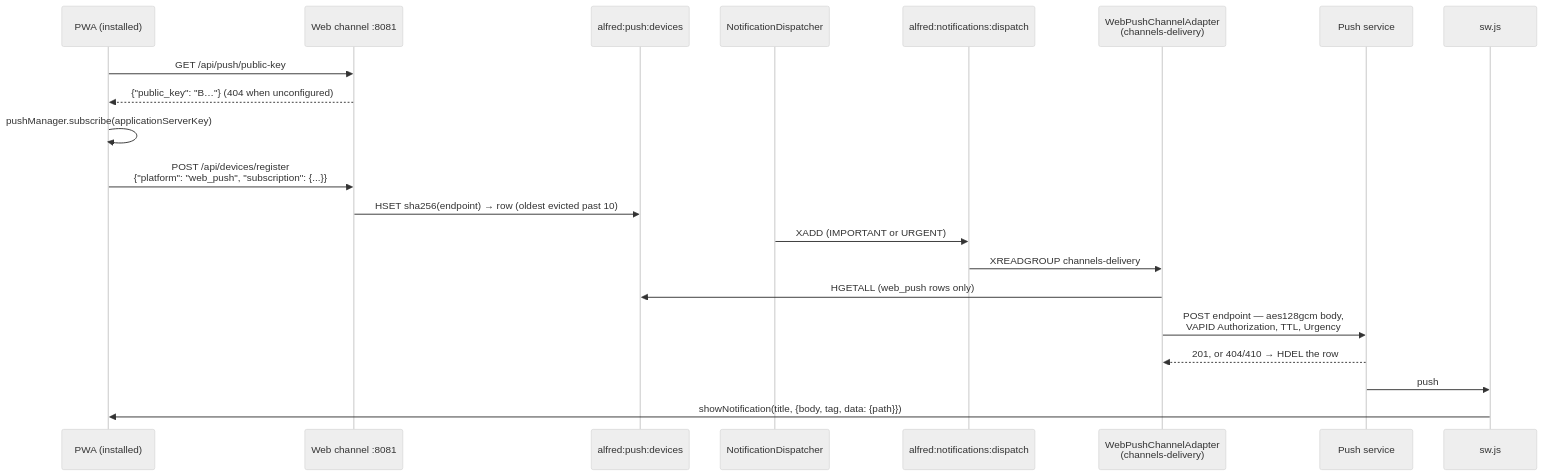
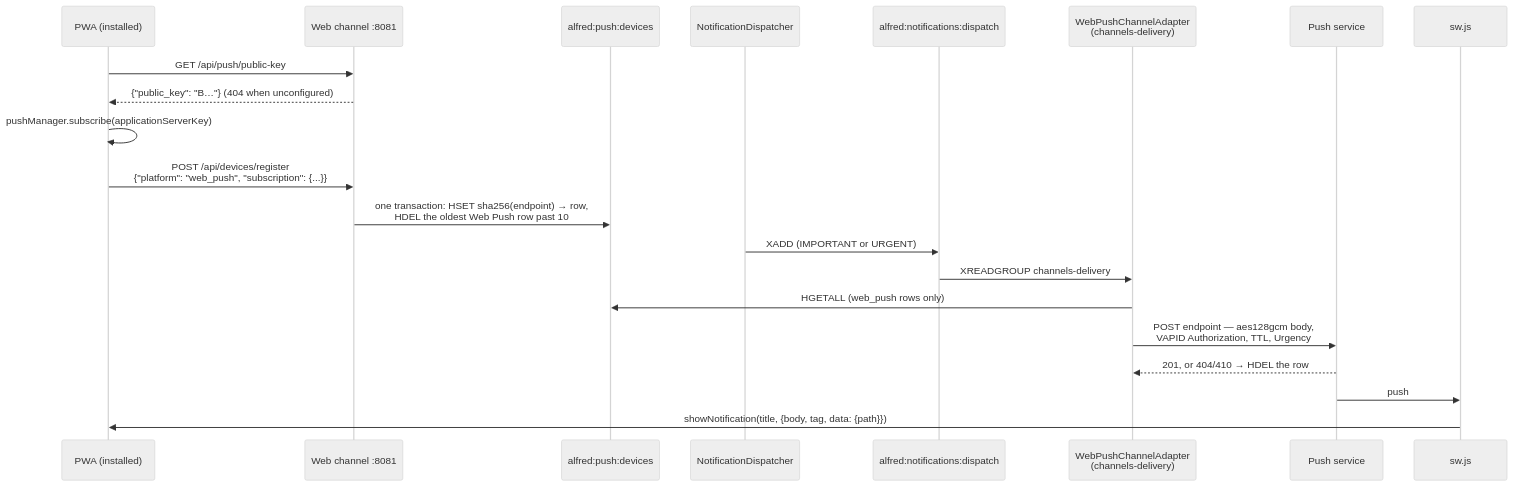
One commit to anirudhlath/alfred changed the diagram in docs/web-push.md. Above: the diagram before and after it, drawn with Mermaid (neutral theme). The commit also changed other lines of this file and 13 other files, not shown here.

````diff
--- a/docs/web-push.md
+++ b/docs/web-push.md
@@ -27,24 +27,24 @@
 ```mermaid
 sequenceDiagram
     participant Phone as PWA (installed)
     participant Web as Web channel :8081
     participant Hash as alfred:push:devices
     participant Disp as NotificationDispatcher
     participant Stream as alfred:notifications:dispatch
     participant Adapter as WebPushChannelAdapter<br/>(channels-delivery)
     participant PS as Push service
     participant SW as sw.js
 
     Phone->>Web: GET /api/push/public-key
     Web-->>Phone: {"public_key": "B…"} (404 when unconfigured)
     Phone->>Phone: pushManager.subscribe(applicationServerKey)
     Phone->>Web: POST /api/devices/register<br/>{"platform": "web_push", "subscription": {...}}
-    Web->>Hash: HSET sha256(endpoint) → row (oldest evicted past 10)
+    Web->>Hash: one transaction: HSET sha256(endpoint) → row,<br/>HDEL the oldest Web Push row past 10
     Disp->>Stream: XADD (IMPORTANT or URGENT)
     Stream->>Adapter: XREADGROUP channels-delivery
     Adapter->>Hash: HGETALL (web_push rows only)
     Adapter->>PS: POST endpoint — aes128gcm body,<br/>VAPID Authorization, TTL, Urgency
     PS-->>Adapter: 201, or 404/410 → HDEL the row
     PS->>SW: push
     SW->>Phone: showNotification(title, {body, tag, data: {path}})
 ```
````
